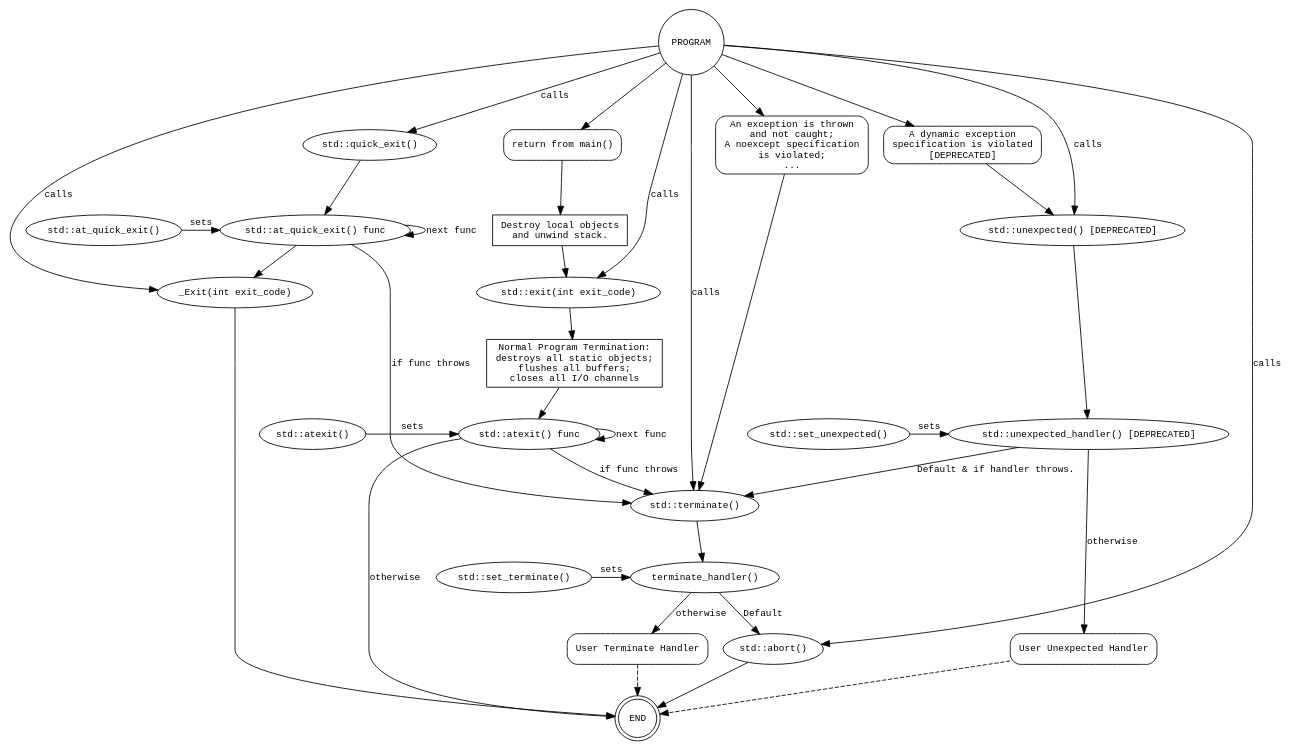
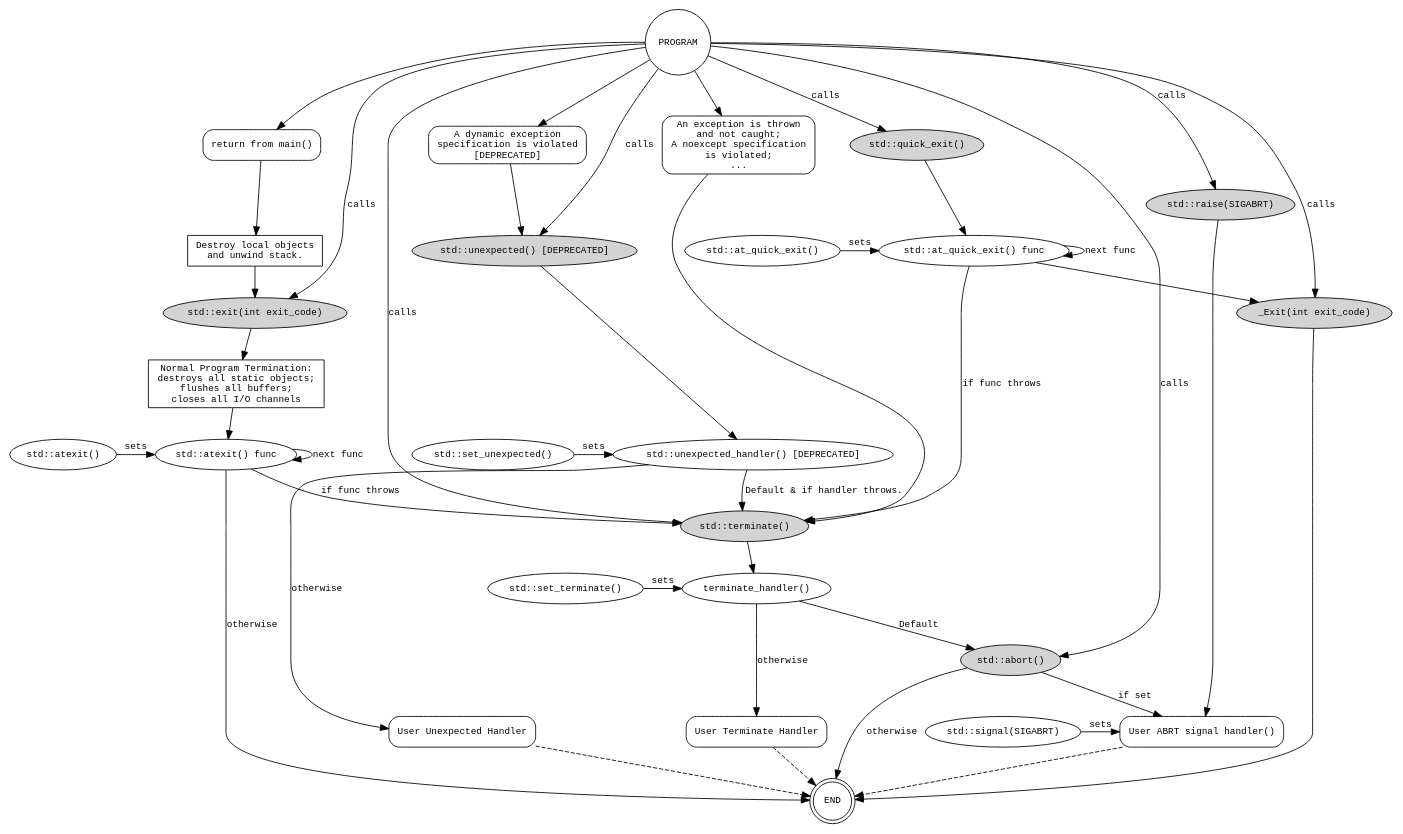
One commit to adishavit/Terminators changed the diagram in termination_graph.gv. Above: the diagram before and after it, drawn with Graphviz. The commit also changed 1 other file, not shown here.

Commit message:
Add SIGABRT and it custom `signal()` handler. - Colored callable terminator nodes.

```diff
--- a/termination_graph.gv
+++ b/termination_graph.gv
@@ -1,84 +1,104 @@
 // http://www.graphviz.org/doc/info/attrs.html
 digraph g{
   node [fontsize=11,fontname="Monospace"];
   edge [fontsize=11,fontname="Monospace"];
   //rankdir=LR
+  //ratio=1.5
    
-  exit                      [label="std::exit(int exit_code)"]
+  exit                      [label="std::exit(int exit_code)",style="filled"]
   Cleanup                   [label="Normal Program Termination:\ndestroys all static objects;\n flushes all buffers;\n closes all I/O channels",shape=box];
   atexit_func               [label="std::atexit() func"];
   atexit                    [label="std::atexit()"];
-  terminate                 [label="std::terminate()"]
-  abort                     [label="std::abort()"]
-  quick_exit                [label="std::quick_exit()"]
+  terminate                 [label="std::terminate()",style="filled"]
+  abort                     [label="std::abort()",style="filled"]
+  quick_exit                [label="std::quick_exit()",style="filled"]
   at_quick_exit_func        [label="std::at_quick_exit() func"];
   at_quick_exit             [label="std::at_quick_exit()"];
-  _Exit                     [label="_Exit(int exit_code)"]
+  _Exit                     [label="_Exit(int exit_code)",style="filled"]
   terminate_handler         [label="terminate_handler()"]
   mainReturn                [label="return from main()",shape=box,style="rounded"];
   destroyLocal              [label="Destroy local objects\nand unwind stack.", shape=box];
   terminateCause            [label="An exception is thrown\nand not caught;\nA noexcept specification\nis violated;\n...",shape=box,style="rounded"];
   unexpectedCause           [label="A dynamic exception\nspecification is violated\n[DEPRECATED]",shape=box,style="rounded"];
-  unexpected                [label="std::unexpected() [DEPRECATED]"]
+  unexpected                [label="std::unexpected() [DEPRECATED]",style="filled"]
   unexpected_handler        [label="std::unexpected_handler() [DEPRECATED]"];
   user_unexpected_handler   [label="User Unexpected Handler",shape=box,style="rounded"]
   set_unexpected            [label="std::set_unexpected()"]
   user_terminate_handler    [label="User Terminate Handler",shape=box,style="rounded"];
   set_terminate             [label="std::set_terminate()"]
-  PROGRAM                       [shape=circle];
+  signal                    [label="std::signal(SIGABRT)"]
+  user_signal_handler            [label="User ABRT signal handler()",shape=box,style="rounded"]
+  raise						[label="std::raise(SIGABRT)",style="filled"]
+  PROGRAM                   [shape=circle];
   END                       [shape=doublecircle];
+
+  /////////////////////////////////////////////////////////////////////////////
 
   PROGRAM -> mainReturn
   PROGRAM -> terminateCause
   PROGRAM -> unexpectedCause
   PROGRAM -> exit [label=calls]
   PROGRAM -> quick_exit [label=calls]
   PROGRAM -> unexpected [label=calls]
   PROGRAM -> abort [label=calls]
   PROGRAM -> terminate [label=calls]
   PROGRAM -> _Exit [label=calls]
+  PROGRAM -> raise [label=calls]
   
   exit  -> Cleanup;
   Cleanup -> atexit_func;
   atexit -> atexit_func [label=sets]
   atexit_func -> atexit_func [label="next func"]
   atexit_func -> terminate [label="if func throws"];
   atexit_func -> END [label=otherwise]
-  abort -> END
+  abort -> END [label=otherwise]
   
   at_quick_exit -> at_quick_exit_func [label=sets]
   quick_exit-> at_quick_exit_func; 
   at_quick_exit_func -> at_quick_exit_func [label="next func"];
   at_quick_exit_func -> terminate [label="if func throws"];
   at_quick_exit_func -> _Exit
   
   _Exit -> END
   terminate -> terminate_handler
   terminate_handler -> abort [label="Default"]
   terminate_handler -> user_terminate_handler [label="otherwise"]
   set_terminate -> terminate_handler [label=sets]
   terminateCause -> terminate
   
   mainReturn -> destroyLocal
   destroyLocal -> exit
 
   unexpectedCause -> unexpected
   unexpected -> unexpected_handler
   unexpected_handler -> terminate [label="Default & if handler throws."]
   unexpected_handler -> user_unexpected_handler [label=otherwise];
   set_unexpected -> unexpected_handler [label=sets];  
   
   user_unexpected_handler -> END [style=dashed];
   user_terminate_handler -> END [style=dashed];
   
+  signal -> user_signal_handler [label=sets]
+  abort -> user_signal_handler [label="if set"]
+  user_signal_handler -> END [style=dashed];
+  raise -> user_signal_handler
+  
+  
+  /////////////////////////////////////////////////////////////////////////////
+  
   {rank=source; PROGRAM }
   {rank=same; mainReturn terminateCause unexpectedCause}  
   
   {rank=same; at_quick_exit at_quick_exit_func}
   {rank=same; set_terminate terminate_handler}
   {rank=same; set_unexpected unexpected_handler}
   {rank=same; atexit atexit_func}
+  {rank=same; signal user_signal_handler }
+
+  //{rank=same; quick_exit raise exit terminate unexpected abort _Exit}
   
-  {rank=same; user_unexpected_handler user_terminate_handler}
+  
+  
+  {rank=same; user_unexpected_handler user_terminate_handler user_signal_handler}
   {rank=sink; END }
 }
```
